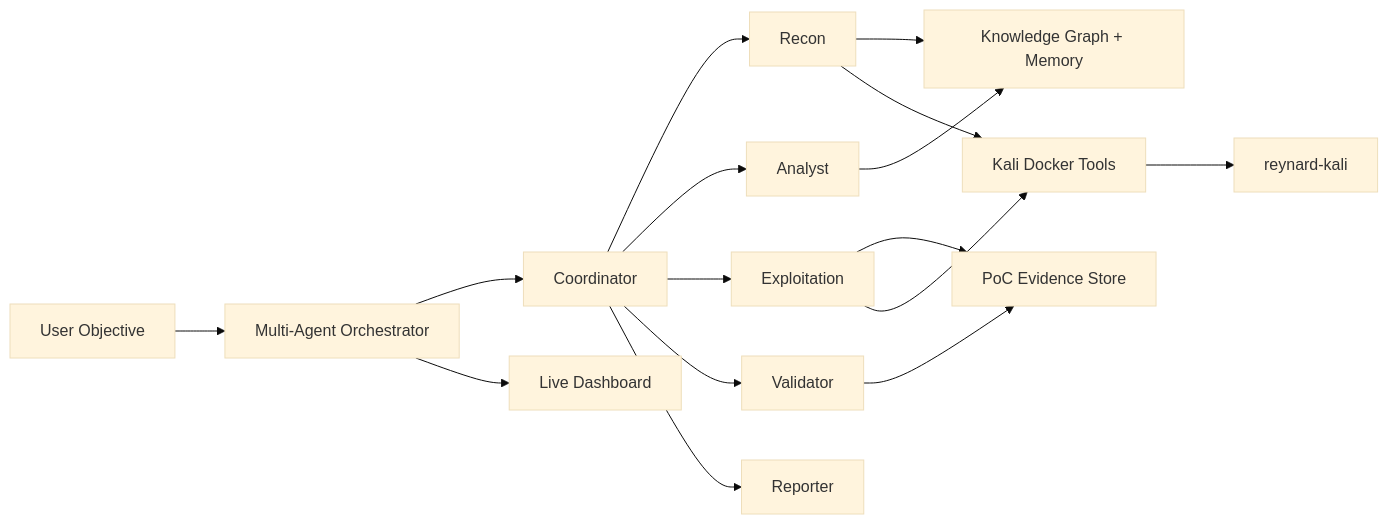
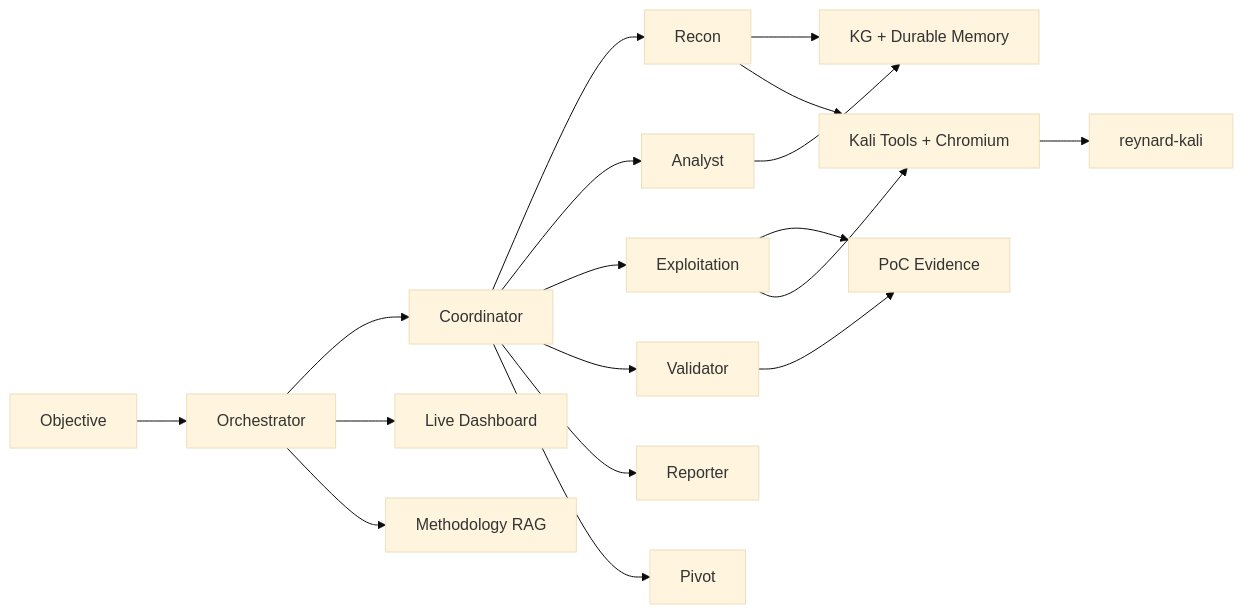
Before and after one commit to oussamaelfig/Reynard: the diagram in README.md, drawn with Mermaid (base theme). The commit also changed other lines of this file, not shown here.

````diff
--- a/README.md
+++ b/README.md
@@ -67,18 +115,20 @@
 ```mermaid
 flowchart LR
-    User["User Objective"] --> Orchestrator["Multi-Agent Orchestrator"]
-    Orchestrator --> Coordinator["Coordinator"]
-    Coordinator --> Recon["Recon"]
-    Coordinator --> Analyst["Analyst"]
-    Coordinator --> Exploit["Exploitation"]
-    Coordinator --> Validator["Validator"]
-    Coordinator --> Reporter["Reporter"]
-    Recon --> Memory["Knowledge Graph + Memory"]
-    Analyst --> Memory
-    Exploit --> Evidence["PoC Evidence Store"]
-    Validator --> Evidence
-    Exploit --> Tools["Kali Docker Tools"]
-    Recon --> Tools
-    Tools --> Docker["reynard-kali"]
-    Orchestrator --> UI["Live Dashboard"]
+    U["Objective"] --> O["Orchestrator"]
+    O --> C["Coordinator"]
+    C --> R["Recon"]
+    C --> A["Analyst"]
+    C --> E["Exploitation"]
+    C --> V["Validator"]
+    C --> P["Reporter"]
+    C --> X["Pivot"]
+    R --> M["KG + Durable Memory"]
+    A --> M
+    E --> Ev["PoC Evidence"]
+    V --> Ev
+    R --> T["Kali Tools + Chromium"]
+    E --> T
+    T --> D["reynard-kali"]
+    O --> UI["Live Dashboard"]
+    O --> RAG["Methodology RAG"]
 ```
````
